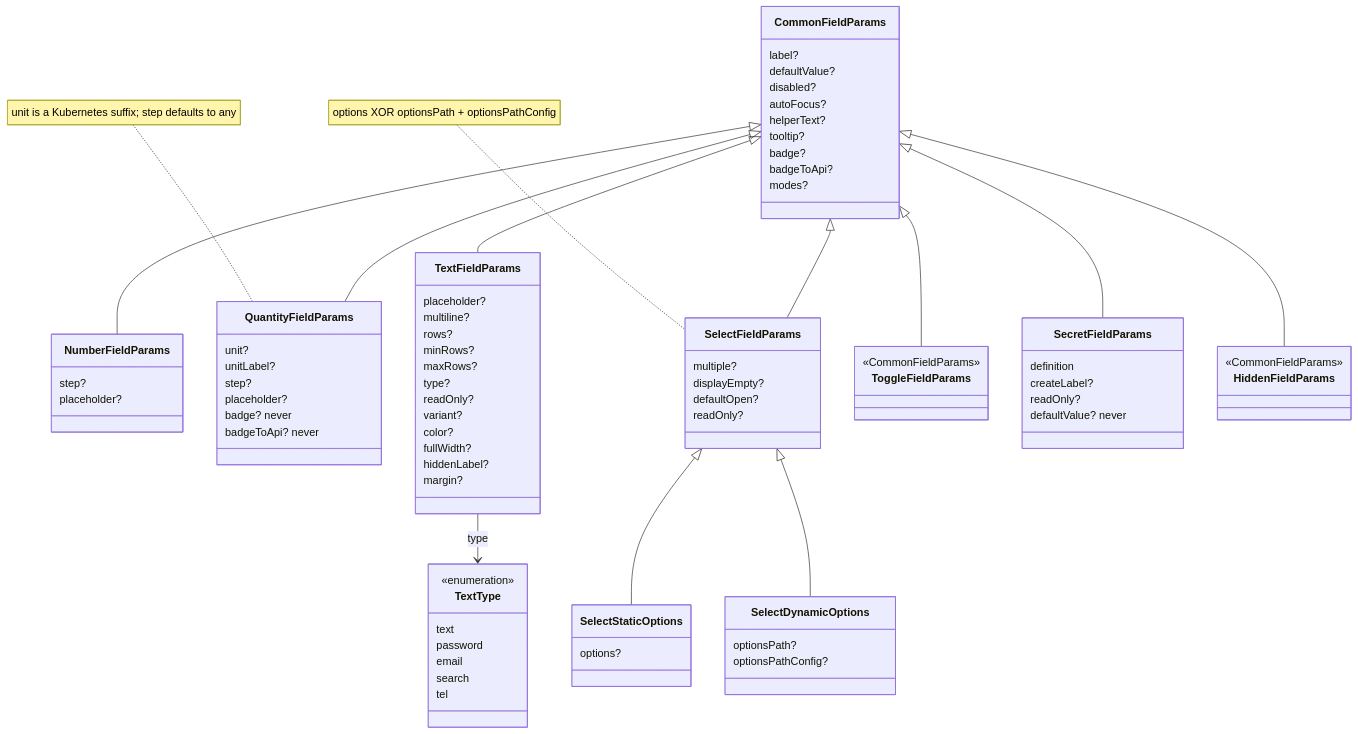
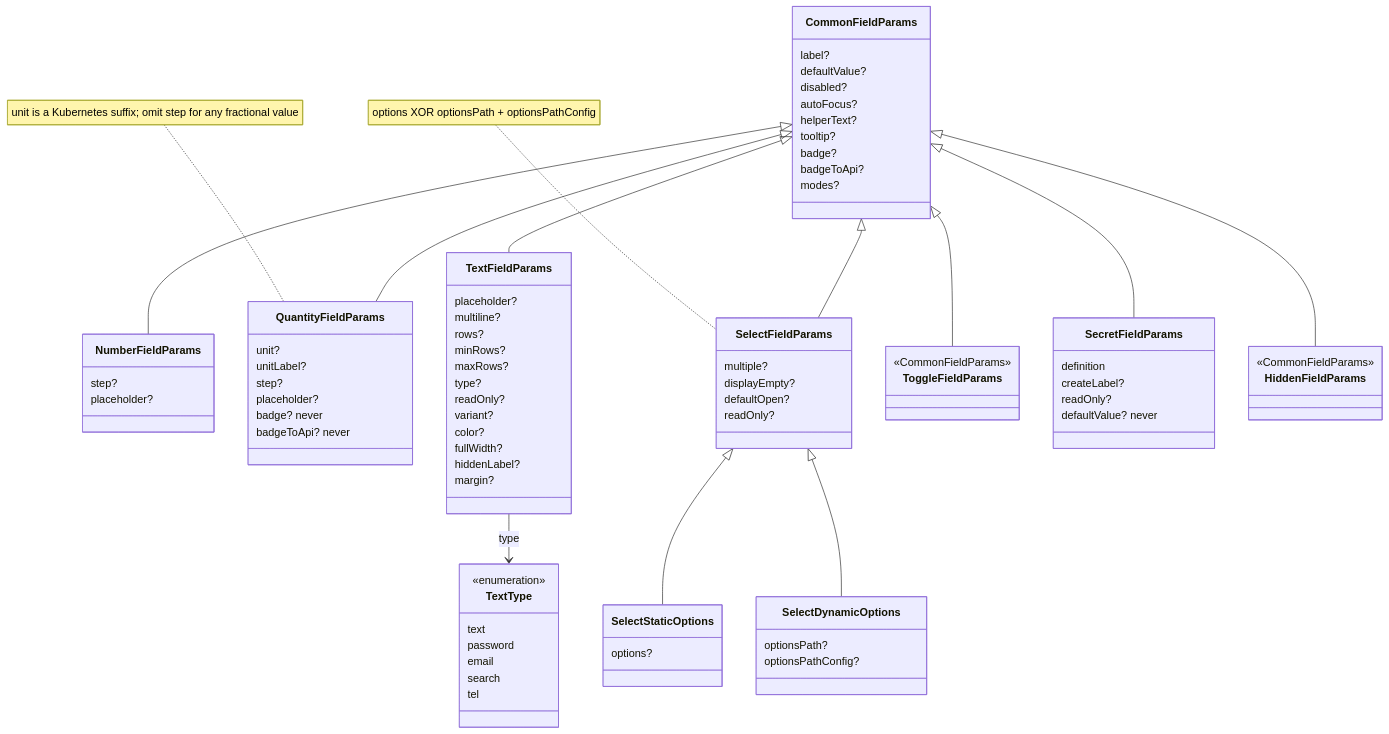
One commit to openeverest/openeverest changed the fifth of 6 diagrams in docs/ui/architecture/ui-generator/schema-reference.md. Above: the diagram before and after it, drawn with Mermaid. The commit also changed 3 other files, not shown here.

Commit message:
fix: omit 'any' on step

````diff
--- a/docs/ui/architecture/ui-generator/schema-reference.md
+++ b/docs/ui/architecture/ui-generator/schema-reference.md
@@ -172,5 +172,5 @@
   SelectFieldParams <|-- SelectStaticOptions
   SelectFieldParams <|-- SelectDynamicOptions
   note for SelectFieldParams "options XOR optionsPath + optionsPathConfig"
-  note for QuantityFieldParams "unit is a Kubernetes suffix; step defaults to any"
+  note for QuantityFieldParams "unit is a Kubernetes suffix; omit step for any fractional value"
 ```
````
